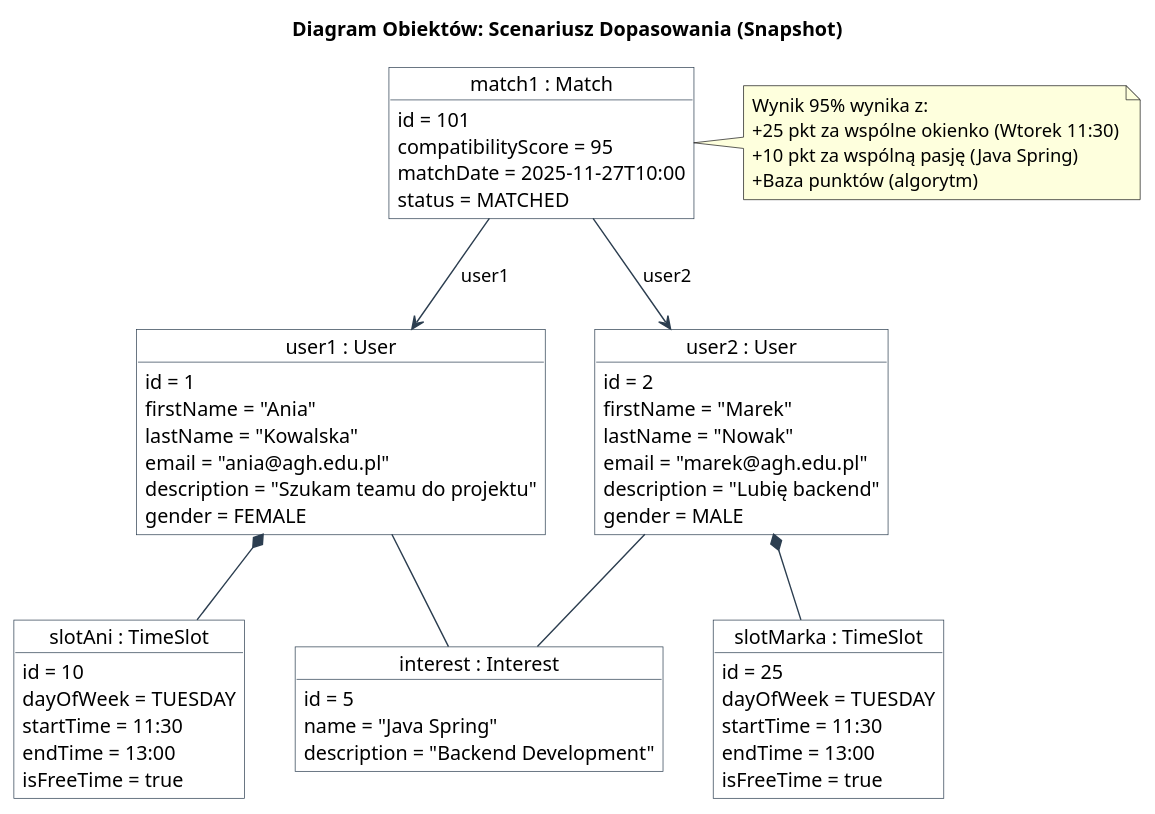
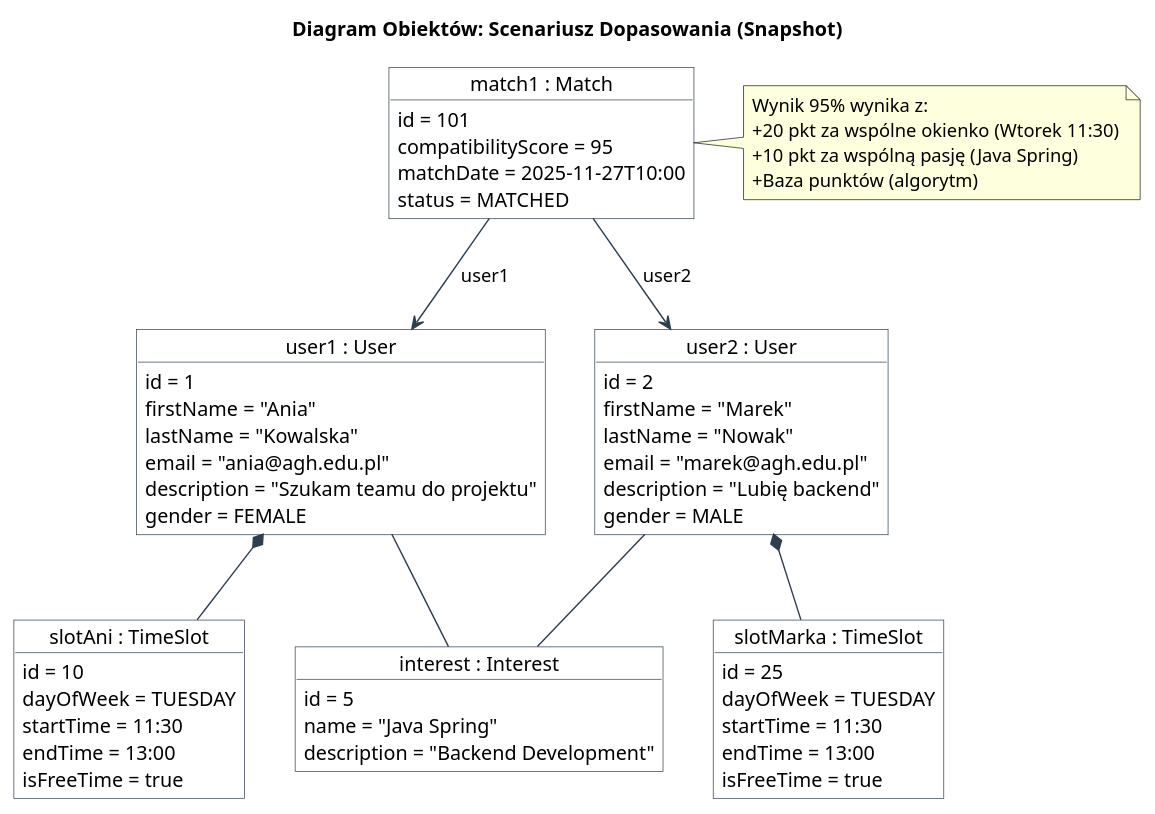
One commit to ceslinka/UsosMatch changed the diagram in Dokumentacja/diagram_obiektow.puml. Above: the diagram before and after it, drawn with PlantUML. The commit also changed 10 other files, not shown here.

```diff
--- a/Dokumentacja/diagram_obiektow.puml
+++ b/Dokumentacja/diagram_obiektow.puml
@@ -1,90 +1,90 @@
 @startuml
 
 title Diagram Obiektów: Scenariusz Dopasowania (Snapshot)
 
 skinparam shadowing false
 skinparam packageStyle rectangle
 skinparam object {
     BackgroundColor White
     ArrowColor #2C3E50
     BorderColor #2C3E50
     HeaderBackgroundColor #85C1E9
 }
 
 ' Obiekt User 1
 object "user1 : User" as ania {
     id = 1
     firstName = "Ania"
     lastName = "Kowalska"
     email = "ania@agh.edu.pl"
     description = "Szukam teamu do projektu"
     gender = FEMALE
 }
 
 ' Obiekt User 2
 object "user2 : User" as marek {
     id = 2
     firstName = "Marek"
     lastName = "Nowak"
     email = "marek@agh.edu.pl"
     description = "Lubię backend"
     gender = MALE
 }
 
 ' Okienko czasowe Ani
 object "slotAni : TimeSlot" as slot1 {
     id = 10
     dayOfWeek = TUESDAY
     startTime = 11:30
     endTime = 13:00
     isFreeTime = true
 }
 
 ' Okienko czasowe Marka (takie samo!)
 object "slotMarka : TimeSlot" as slot2 {
     id = 25
     dayOfWeek = TUESDAY
     startTime = 11:30
     endTime = 13:00
     isFreeTime = true
 }
 
 ' Wspólna pasja
 object "interest : Interest" as java {
     id = 5
     name = "Java Spring"
     description = "Backend Development"
 }
 
 ' Wynik dopasowania
 object "match1 : Match" as dopasowanie {
     id = 101
     compatibilityScore = 95
     matchDate = 2025-11-27T10:00
     status = MATCHED
 }
 
 ' RELACJE (Linki między obiektami w pamięci)
 
 ' Ania ma grafik
 ania *-- slot1
 
 ' Marek ma grafik
 marek *-- slot2
 
 ' Ania i Marek lubią to samo (wspólny obiekt w bazie)
 ania -- java
 marek -- java
 
 ' Match łączy te dwie osoby
 dopasowanie --> ania : user1
 dopasowanie --> marek : user2
 
 note right of dopasowanie
   Wynik 95% wynika z:
-  +25 pkt za wspólne okienko (Wtorek 11:30)
+  +20 pkt za wspólne okienko (Wtorek 11:30)
   +10 pkt za wspólną pasję (Java Spring)
   +Baza punktów (algorytm)
 end note
 
 @enduml
```
